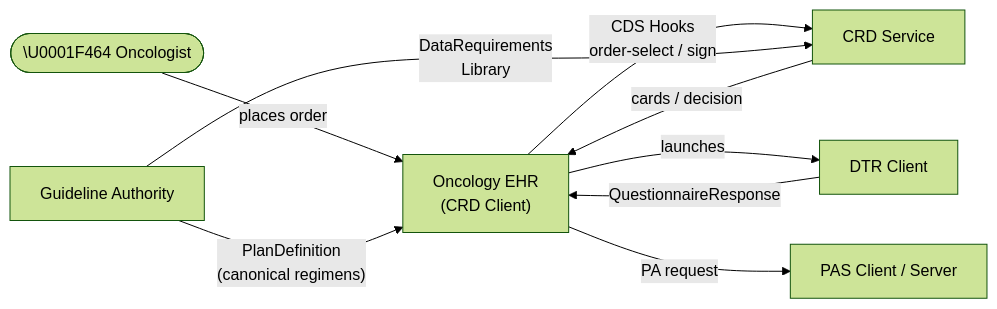
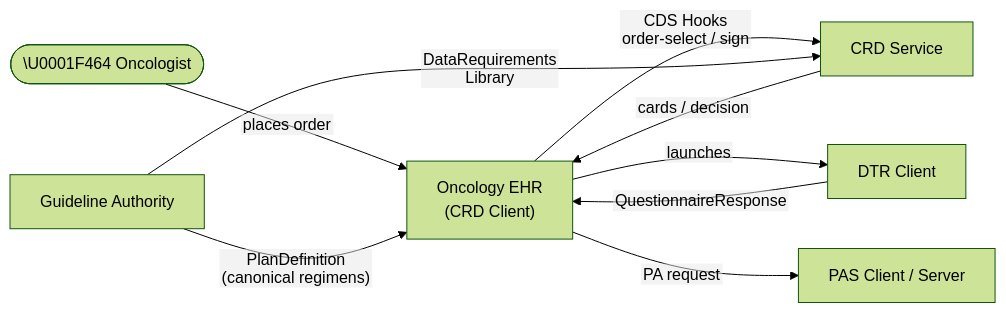
The diagram in input/pagecontent/index.md (reason-healthcare/hl7-codex-ocpa), drawn with Mermaid (forest theme) before and after one commit. The commit also changed 2 other files, not shown here.

Commit message:
fix: suppress mermaid v11 htmlLabels p-tag rendering artifacts
Mermaid 11.12.1 (bundled with hl7.fhir.template#current) renders node
and subgraph labels via HTML <foreignObject> by default, wrapping all
label text in <p> tags. Under the IG Publisher's 'sandbox' security
level these render as literal escaped HTML (&lt;p&gt;Label&lt;/p&gt;)
inside SVG nodeLabel spans rather than as rendered text.

Fix: add %%{init: {'flowchart': {'htmlLabels': false}}}%% and
%%{init: {'sequence': {'htmlLabels': false}}}%% directives to each
diagram, forcing SVG text elements instead of foreignObject/HTML labels.

Affected diagrams:
  index.md               — flowchart (actor relationship)
  use-cases.md           — flowchart (actor domains) + sequenceDiagram
  cds-hooks-extension.md — sequenceDiagram (CDS Hooks invocation)

````diff
--- a/input/pagecontent/index.md
+++ b/input/pagecontent/index.md
@@ -56,18 +56,19 @@
 ```mermaid
+%%{init: {'flowchart': {'htmlLabels': false}}}%%
 flowchart LR
   Clinician(["\U0001F464 Oncologist"])
   EHR["Oncology EHR\n(CRD Client)"]
   CRD["CRD Service"]
   DTR["DTR Client"]
   PAS["PAS Client / Server"]
   GA["Guideline Authority"]
 
   Clinician -- "places order" --> EHR
   EHR -- "CDS Hooks\norder-select / sign" --> CRD
   CRD -- "cards / decision" --> EHR
   EHR -- "launches" --> DTR
   DTR -- "QuestionnaireResponse" --> EHR
   EHR -- "PA request" --> PAS
   GA -- "PlanDefinition\n(canonical regimens)" --> EHR
   GA -- "DataRequirements\nLibrary" --> CRD
 ```
````
